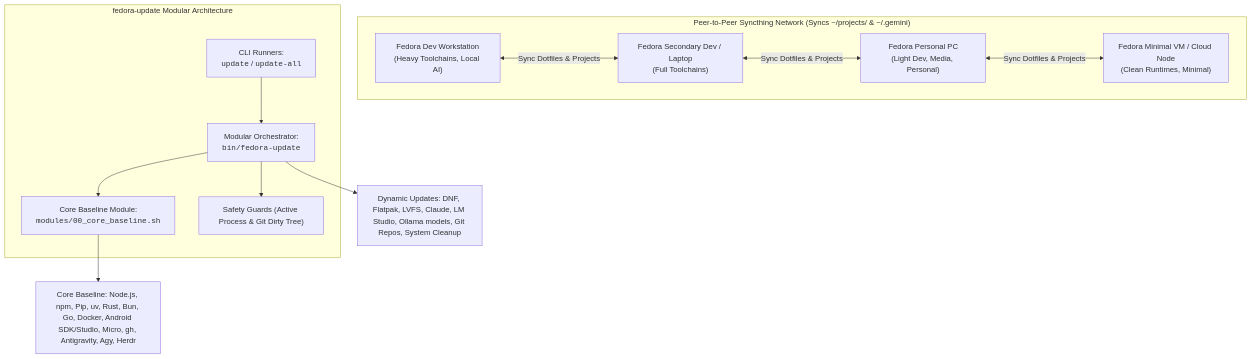
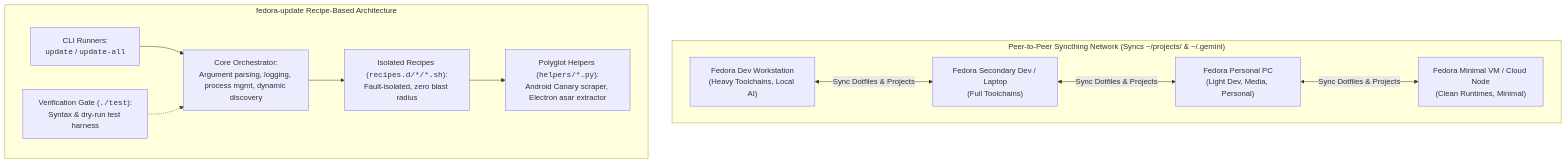
Before and after one commit to jaygz316/fedora-update: the diagram in AGENTS.md, drawn with Mermaid. The commit also changed other lines of this file and 54 other files, not shown here.

First line of the commit message:
feat: v4.1.0 — modular recipe architecture & concurrent wave orchestrator

````diff
--- a/AGENTS.md
+++ b/AGENTS.md
@@ -17,26 +18,26 @@
 ```mermaid
 graph TD
     subgraph Syncthing_Cluster["Peer-to-Peer Syncthing Network (Syncs ~/projects/ & ~/.gemini)"]
         Dev1["Fedora Dev Workstation<br/>(Heavy Toolchains, Local AI)"]
         Dev2["Fedora Secondary Dev / Laptop<br/>(Full Toolchains)"]
         Pers1["Fedora Personal PC<br/>(Light Dev, Media, Personal)"]
         VM1["Fedora Minimal VM / Cloud Node<br/>(Clean Runtimes, Minimal)"]
     end
 
-    subgraph Fedora_Update_Suite["fedora-update Modular Architecture"]
+    subgraph Fedora_Update_Suite["fedora-update Recipe-Based Architecture"]
         Runner["CLI Runners:<br/><code>update</code> / <code>update-all</code>"]
-        Core["Core Baseline Module:<br/><code>modules/00_core_baseline.sh</code>"]
-        Engine["Modular Orchestrator:<br/><code>bin/fedora-update</code>"]
-        Safety["Safety Guards (Active Process & Git Dirty Tree)"]
+        Engine["Core Orchestrator:<br/>Argument parsing, logging, process mgmt, dynamic discovery"]
+        Recipes["Isolated Recipes (<code>recipes.d/*/*.sh</code>):<br/>Fault-isolated, zero blast radius"]
+        Helpers["Polyglot Helpers (<code>helpers/*.py</code>):<br/>Android Canary scraper, Electron asar extractor"]
+        Gate["Verification Gate (<code>./test</code>):<br/>Syntax & dry-run test harness"]
     end
 
     Dev1 <-->|Sync Dotfiles & Projects| Dev2
     Dev2 <-->|Sync Dotfiles & Projects| Pers1
     Pers1 <-->|Sync Dotfiles & Projects| VM1
 
     Runner --> Engine
-    Engine --> Safety
-    Engine --> Core
-    Core --> D1["Core Baseline: Node.js, npm, Pip, uv, Rust, Bun, Go, Docker, Android SDK/Studio, Micro, gh, Antigravity, Agy, Herdr"]
-    Engine --> D2["Dynamic Updates: DNF, Flatpak, LVFS, Claude, LM Studio, Ollama models, Git Repos, System Cleanup"]
+    Engine --> Recipes
+    Recipes --> Helpers
+    Gate -.-> Engine
 ```
````
